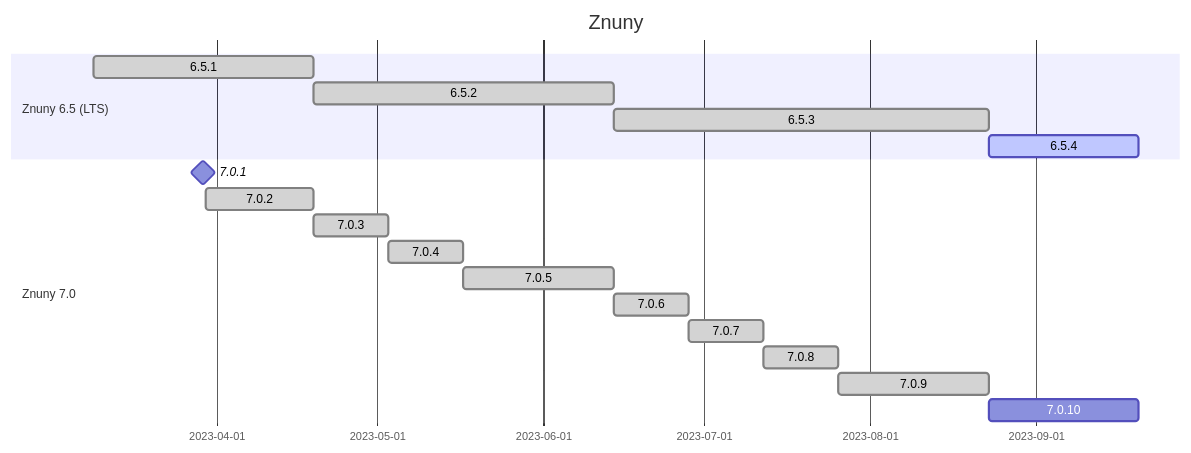
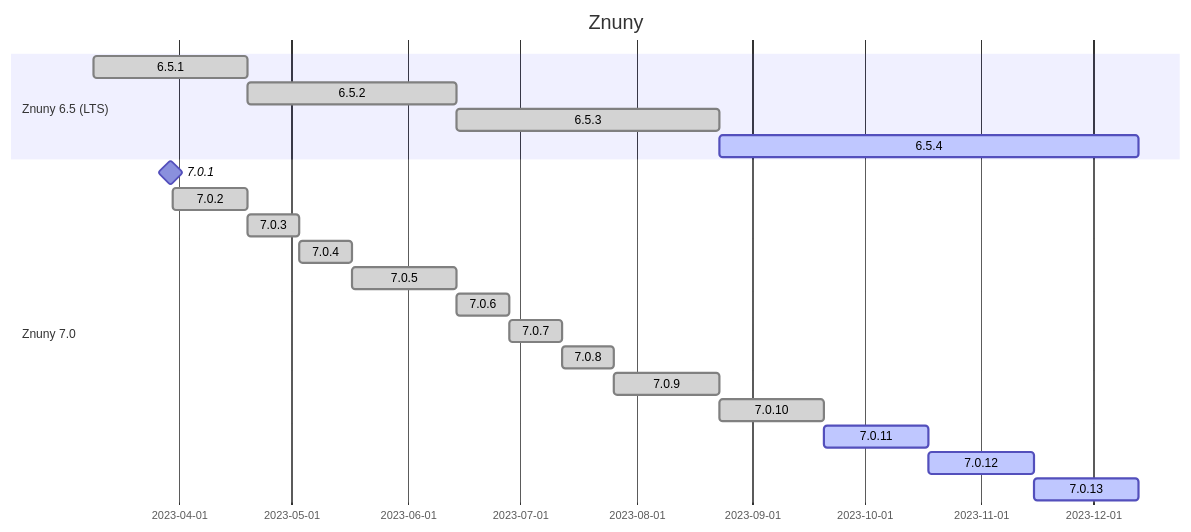
The second of 2 diagrams in _static/_posts/2023-08-30-Znuny-Timeline.md (dennykorsukewitz/dennykorsukewitz.github.io), drawn with Mermaid before and after one commit. The commit also changed other lines of this file and 1 other file, not shown here.

Commit message:
Updated Pages.

````diff
--- a/_static/_posts/2023-08-30-Znuny-Timeline.md
+++ b/_static/_posts/2023-08-30-Znuny-Timeline.md
@@ -63,24 +64,26 @@
 ```mermaid
 gantt
     title Znuny
     dateFormat  YYYY-MM-DD
 
     section Znuny 6.5 (LTS)
     6.5.1 :done,   6_5_1, 2023-03-09,  2023-04-19
     6.5.2 :done,   6_5_2, after 6_5_1, 2023-06-14
     6.5.3 :done,   6_5_3, after 6_5_2, 2023-08-23
-    6.5.4 :active, 6_5_4, after 6_5_3, 2023-09-20
+    6.5.4 :active, 6_5_4, after 6_5_3, 2023-12-13
 
     section Znuny 7.0
-
-    7.0.1  :milestone,    7_0_1,  2023-03-29,      2023-03-30
+    7.0.1  :milestone,    7_0_1,  2023-03-29,       2023-03-30
     7.0.2  :done,         7_0_2,  after 7_0_1,      2023-04-19
     7.0.3  :done,         7_0_3,  after 7_0_2,      2023-05-03
     7.0.4  :done,         7_0_4,  after 7_0_3,      2023-05-17
     7.0.5  :done,         7_0_5,  after 7_0_4,      2023-06-14
     7.0.6  :done,         7_0_6,  after 7_0_5,      2023-06-28
     7.0.7  :done,         7_0_7,  after 7_0_6,      2023-07-12
     7.0.8  :done,         7_0_8,  after 7_0_7,      2023-07-26
     7.0.9  :done,         7_0_9,  after 7_0_8,      2023-08-23
-    7.0.10 :active        7_0_10, after 7_0_9,   2023-09-20
+    7.0.10 :done,         7_0_10, after 7_0_9,      2023-09-20
+    7.0.11 :active,       7_0_11, after 7_0_10,     2023-10-18
+    7.0.12 :active,       7_0_12, after 7_0_11,     2023-11-15
+    7.0.13 :active,       7_0_13, after 7_0_12,     2023-12-13
 ```
````
